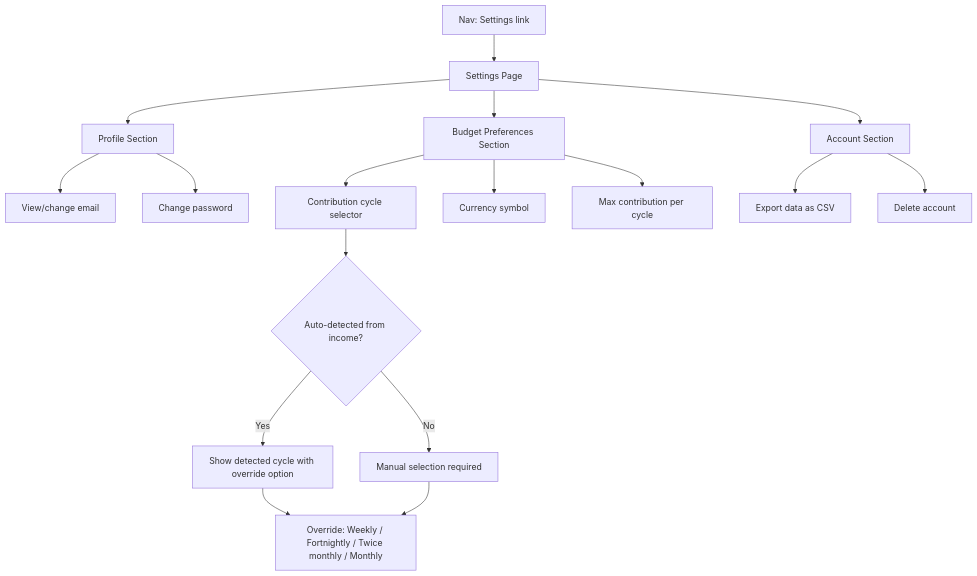
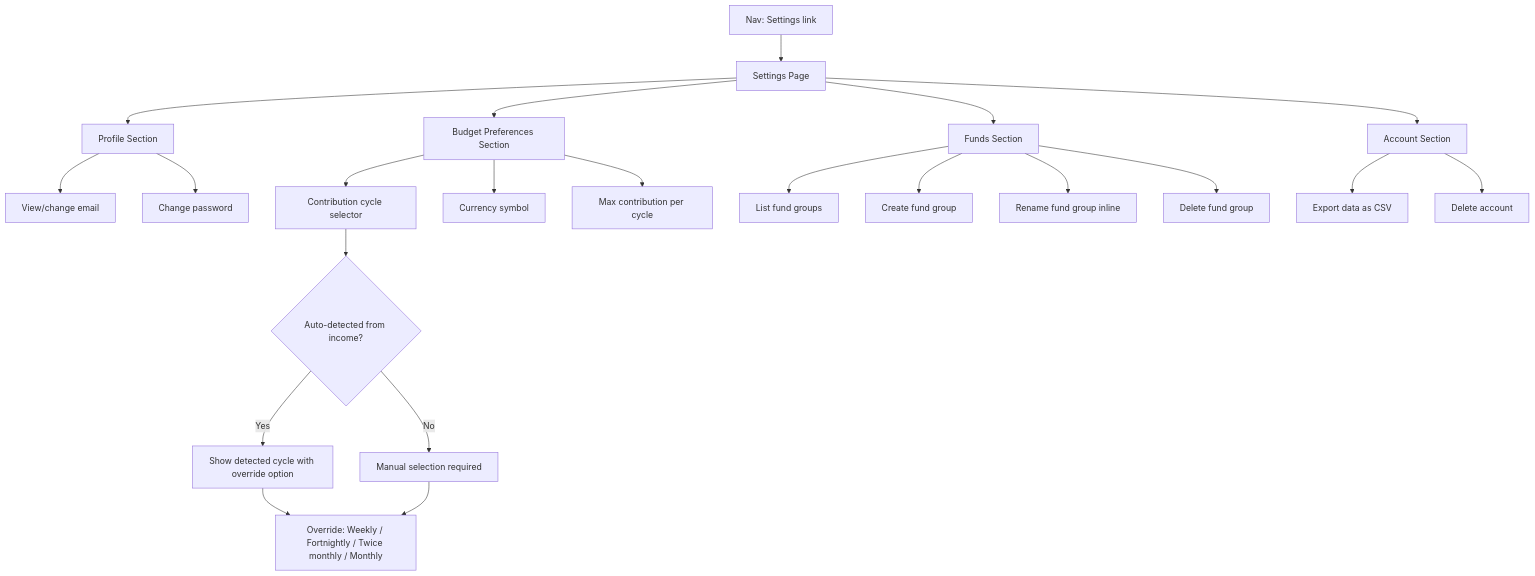
One commit to bendechrai/budget-tracker changed the diagram in specs/13-settings.md. Above: the diagram before and after it, drawn with Mermaid. The commit also changed other lines of this file and 16 other files, not shown here.

First line of the commit message:
Settings page: accordion sections, fund group CRUD

````diff
--- a/specs/13-settings.md
+++ b/specs/13-settings.md
@@ -9,23 +9,29 @@
 ```mermaid
 flowchart TD
     A[Nav: Settings link] --> B[Settings Page]
     B --> C[Profile Section]
     B --> D[Budget Preferences Section]
+    B --> F[Funds Section]
     B --> E[Account Section]
 
     C --> C1[View/change email]
     C --> C2[Change password]
 
     D --> D1[Contribution cycle selector]
     D --> D2[Currency symbol]
     D --> D3[Max contribution per cycle]
 
     D1 --> D1a{Auto-detected from income?}
     D1a -->|Yes| D1b[Show detected cycle with override option]
     D1a -->|No| D1c[Manual selection required]
     D1b --> D1d[Override: Weekly / Fortnightly / Twice monthly / Monthly]
     D1c --> D1d
 
+    F --> F1[List fund groups]
+    F --> F2[Create fund group]
+    F --> F3[Rename fund group inline]
+    F --> F4[Delete fund group]
+
     E --> E1[Export data as CSV]
     E --> E2[Delete account]
 ```
````
